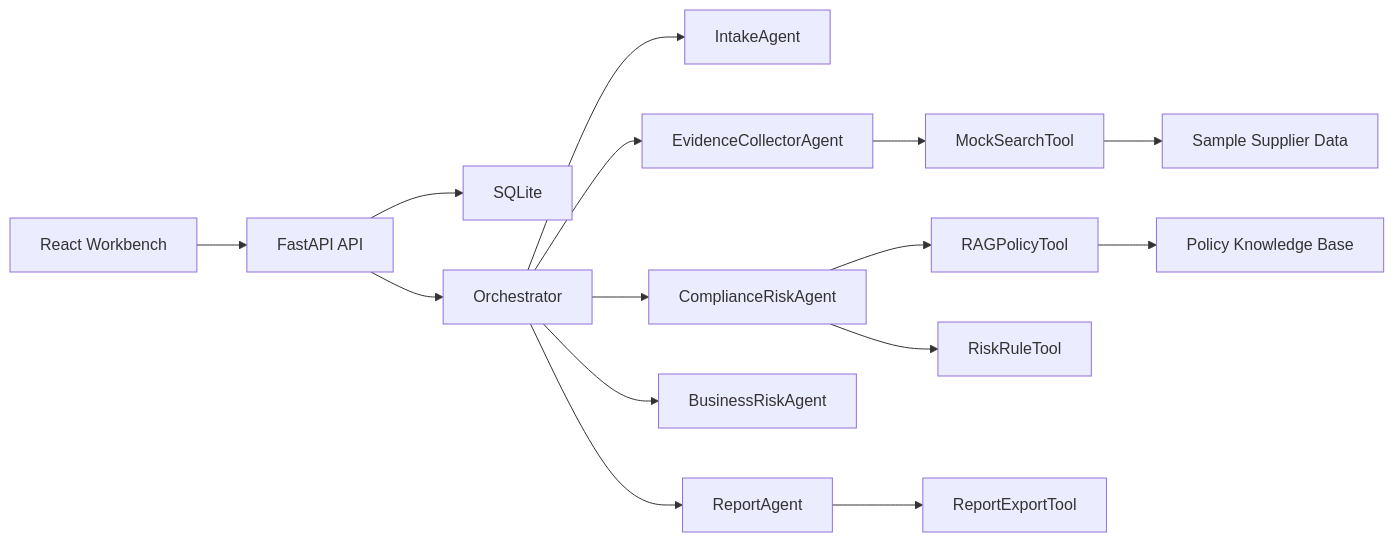
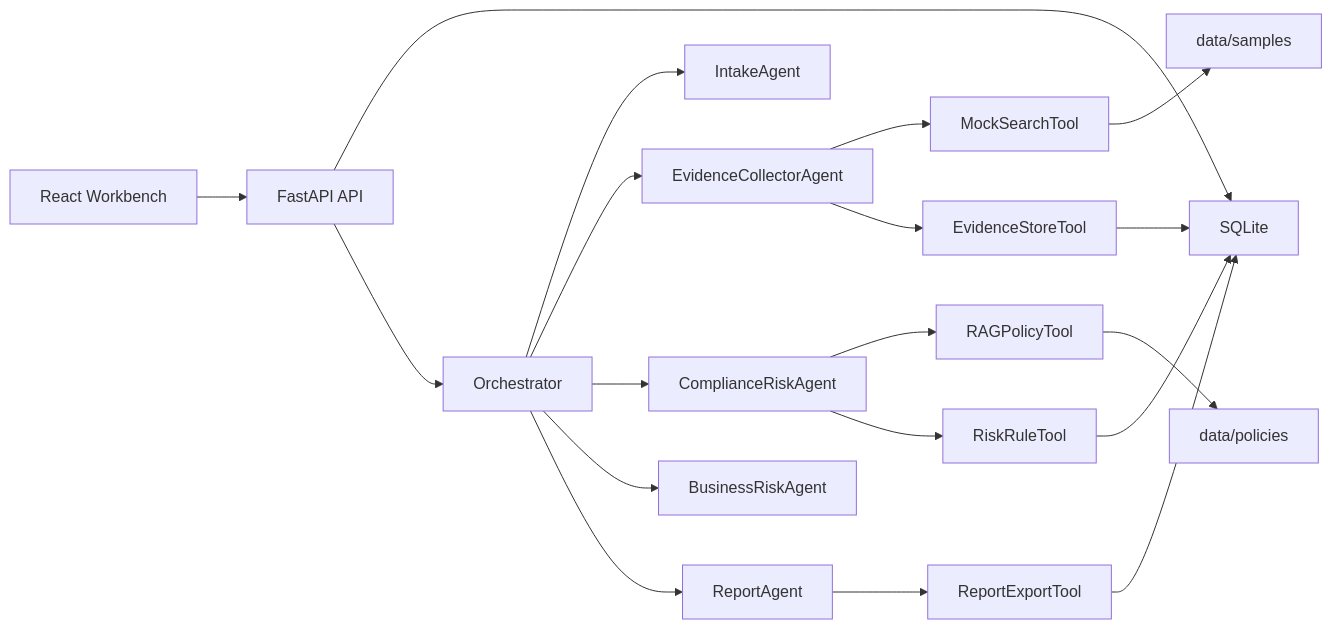
One commit to Lzy23331/supplyguard-agent changed the first of 2 diagrams in docs/architecture.md. Above: the diagram before and after it, drawn with Mermaid. The commit also changed other lines of this file and 15 other files, not shown here.

Commit message:
docs: add first-batch supplier rules and samples

````diff
--- a/docs/architecture.md
+++ b/docs/architecture.md
@@ -5,17 +5,21 @@
 ```mermaid
 flowchart LR
   UI["React Workbench"] --> API["FastAPI API"]
   API --> DB["SQLite"]
   API --> ORCH["Orchestrator"]
   ORCH --> IA["IntakeAgent"]
   ORCH --> EC["EvidenceCollectorAgent"]
   ORCH --> CR["ComplianceRiskAgent"]
   ORCH --> BR["BusinessRiskAgent"]
   ORCH --> RA["ReportAgent"]
   EC --> SEARCH["MockSearchTool"]
+  EC --> STORE["EvidenceStoreTool"]
   CR --> RAG["RAGPolicyTool"]
   CR --> RULES["RiskRuleTool"]
   RA --> REPORT["ReportExportTool"]
-  SEARCH --> DATA["Sample Supplier Data"]
-  RAG --> POLICIES["Policy Knowledge Base"]
+  SEARCH --> SAMPLES["data/samples"]
+  RAG --> POLICIES["data/policies"]
+  STORE --> DB
+  RULES --> DB
+  REPORT --> DB
 ```
````
